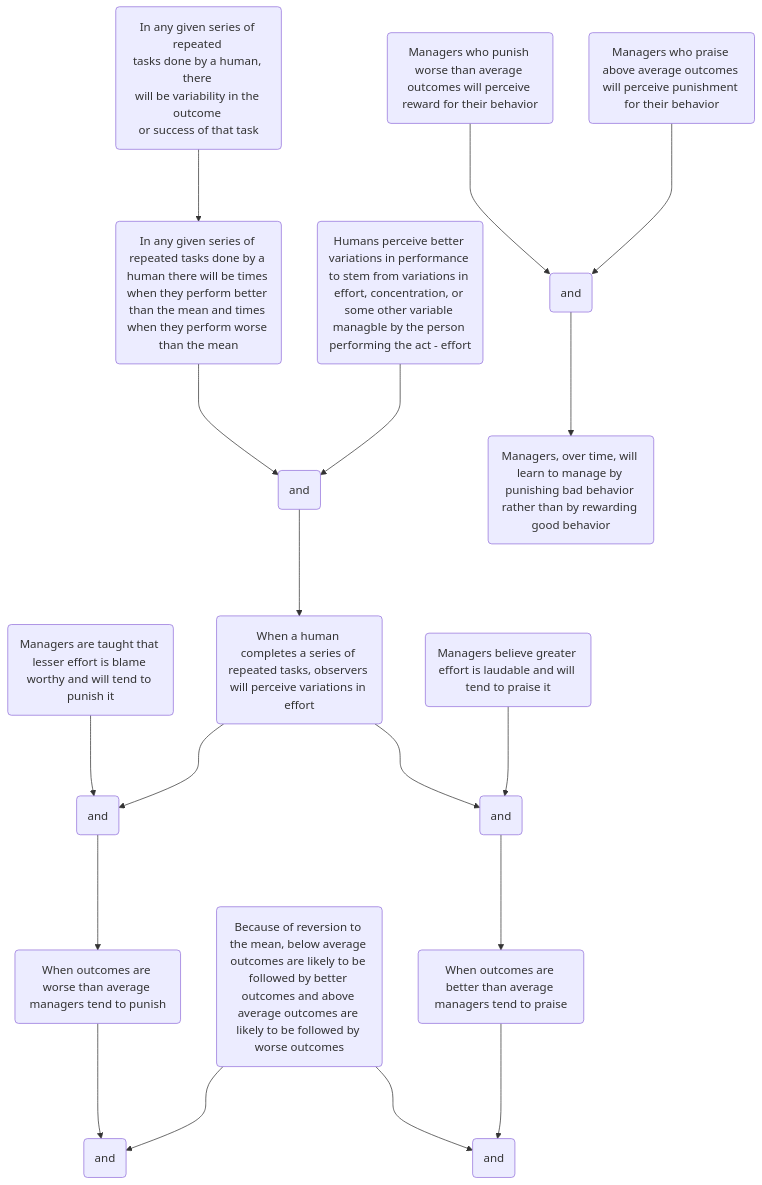
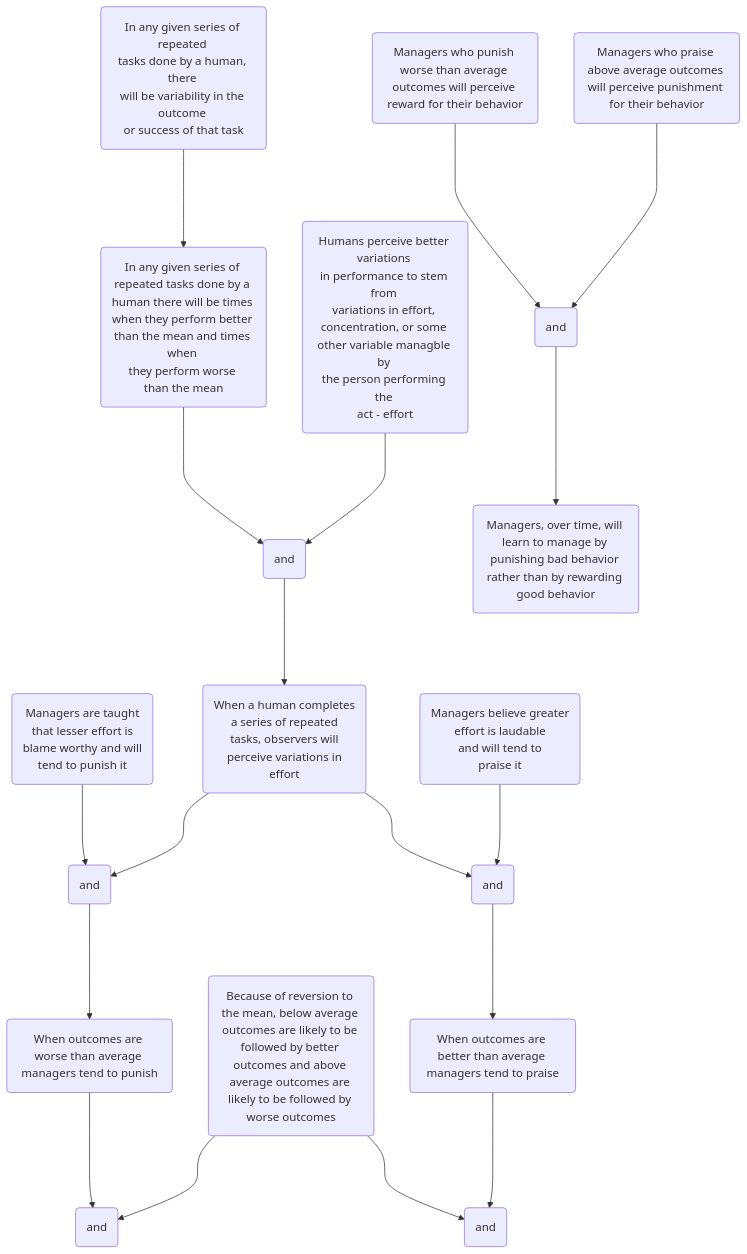
Before and after one commit to hwetsman/TOC_Trees: the diagram in Why_Managers_Learn_To_Manage_Negatively.md, drawn with Mermaid.

Commit message:
Refactor: add more breaks

`````diff
--- a/Why_Managers_Learn_To_Manage_Negatively.md
+++ b/Why_Managers_Learn_To_Manage_Negatively.md
@@ -1,39 +1,39 @@
 ```mermaid
 flowchart TB
 
 human_variability(In any given series of repeated <br>tasks done by a human, there <br>will be variability in the outcome <br>or success of that task)
-above_and_below(In any given series of repeated tasks done by a human there will be times when they perform better than the mean and times when they perform worse than the mean)
+above_and_below(In any given series of <br>repeated tasks done by a <br>human there will be times <br>when they perform better <br>than the mean and times when <br>they perform worse <br>than the mean)
   human_variability--->above_and_below
-human_perception(Humans perceive better variations in performance to stem from variations in effort, concentration, or some other variable managble by the person performing the act - effort)
+human_perception(Humans perceive better variations <br>in performance to stem from <br>variations in effort, <br>concentration, or some <br>other variable managble by <br>the person performing the <br>act - effort)
   and1(and)
   above_and_below--->and1
   human_perception--->and1
-  lesser_effort(Managers are taught that lesser effort is blame worthy and will tend to punish it)
-  observer_perception(When a human completes a series of repeated tasks, observers will perceive variations in effort)
+  lesser_effort(Managers are taught <br>that lesser effort is <br>blame worthy and will <br>tend to punish it)
+  observer_perception(When a human completes <br>a series of repeated <br>tasks, observers will <br>perceive variations in <br>effort)
     and1--->observer_perception
-  managers_belief(Managers believe greater effort is laudable and will tend to praise it)
+  managers_belief(Managers believe greater <br>effort is laudable <br>and will tend to <br>praise it)
     and2(and)
     and3(and)
     observer_perception--->and2
     observer_perception--->and3
       lesser_effort--->and2
       managers_belief--->and3
     worse_outcomes(When outcomes are worse than average managers tend to punish)
       and2--->worse_outcomes
     reversion(Because of reversion to the mean, below average outcomes are likely to be followed by better outcomes and above average outcomes are likely to be followed by worse outcomes)
     better_outcomes(When outcomes are better than average managers tend to praise)
       and3--->better_outcomes
       and4(and)
       and5(and)
         worse_outcomes--->and4
         reversion--->and4
         reversion--->and5
         better_outcomes--->and5
       managers_punish(Managers who punish worse than average outcomes will perceive reward for their behavior)
       managers_praise(Managers who praise above average outcomes will perceive punishment for their behavior)
         and6(and)
           managers_punish--->and6
           managers_praise--->and6
         managers_over_time(Managers, over time, will learn to manage by punishing bad behavior rather than by rewarding good behavior)
           and6--->managers_over_time
 ````
`````
